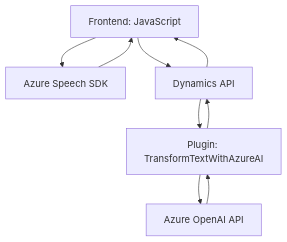
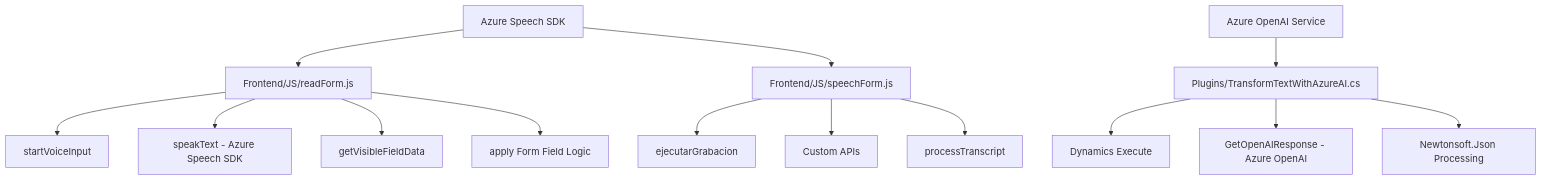
Before and after one commit to blopezdm/NETCORE_BILBAO2025: the diagram in README.md, drawn with Mermaid. The commit also changed other lines of this file, not shown here.

````diff
--- a/README.md
+++ b/README.md
@@ -33,17 +29,20 @@
 ```mermaid
 graph TD
-    A["Frontend: JavaScript"]
-    B["Azure Speech SDK"]
-    C["Dynamics API"]
-    D["Plugin: TransformTextWithAzureAI"]
-    E["Azure OpenAI API"]
-
-    A --> B
-    A --> C
-    B --> A
-    C --> A
-    C --> D
-    D --> C
-    D --> E
-    E --> D
+  A["Frontend/JS/readForm.js"] --> B["startVoiceInput"]
+  A --> C["speakText - Azure Speech SDK"]
+  A --> D["getVisibleFieldData"]
+  A --> E["apply Form Field Logic"]
+  
+  F["Frontend/JS/speechForm.js"] --> G["ejecutarGrabacion"]
+  F --> H["Custom APIs"]
+  F --> I["processTranscript"]
+  
+  J["Plugins/TransformTextWithAzureAI.cs"] --> K["Dynamics Execute"]
+  J --> L["GetOpenAIResponse - Azure OpenAI"]
+  J --> M["Newtonsoft.Json Processing"]
+  
+  N["Azure Speech SDK"] --> A
+  N --> F
+  
+  O["Azure OpenAI Service"] --> J
 ```
````
